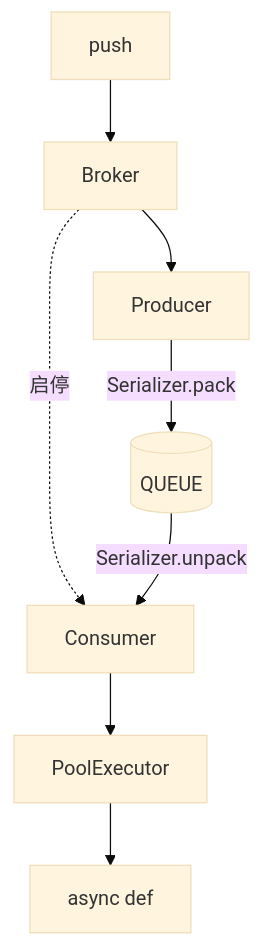
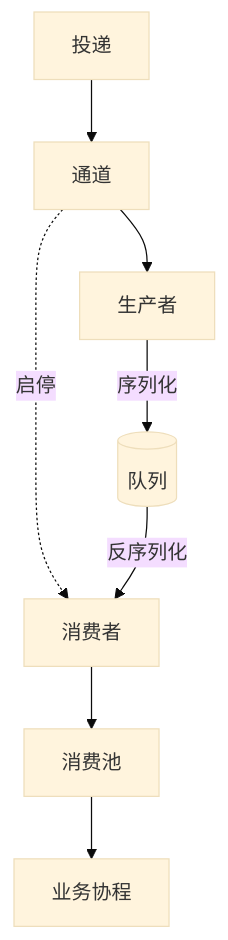
The diagram in README.md (sekil9529/func-queue), drawn with Mermaid (base theme) before and after one commit. The commit also changed other lines of this file and 45 other files, not shown here.

````diff
--- a/README.md
+++ b/README.md
@@ -53,11 +183,11 @@
 ```mermaid
 flowchart TB
-  PUSH["push"] --> B["Broker"]
-  B --> PRO["Producer"]
-  B -.->|启停| CON["Consumer"]
+  PUSH["投递"] --> B["通道"]
+  B --> PRO["生产者"]
+  B -.->|启停| CON["消费者"]
 
-  PRO -->|Serializer.pack| Q[("QUEUE")]
-  Q -->|Serializer.unpack| CON
-  CON --> POOL["PoolExecutor"]
-  POOL --> FN["async def"]
+  PRO -->|序列化| Q[("队列")]
+  Q -->|反序列化| CON
+  CON --> POOL["消费池"]
+  POOL --> FN["业务协程"]
 ```
````
